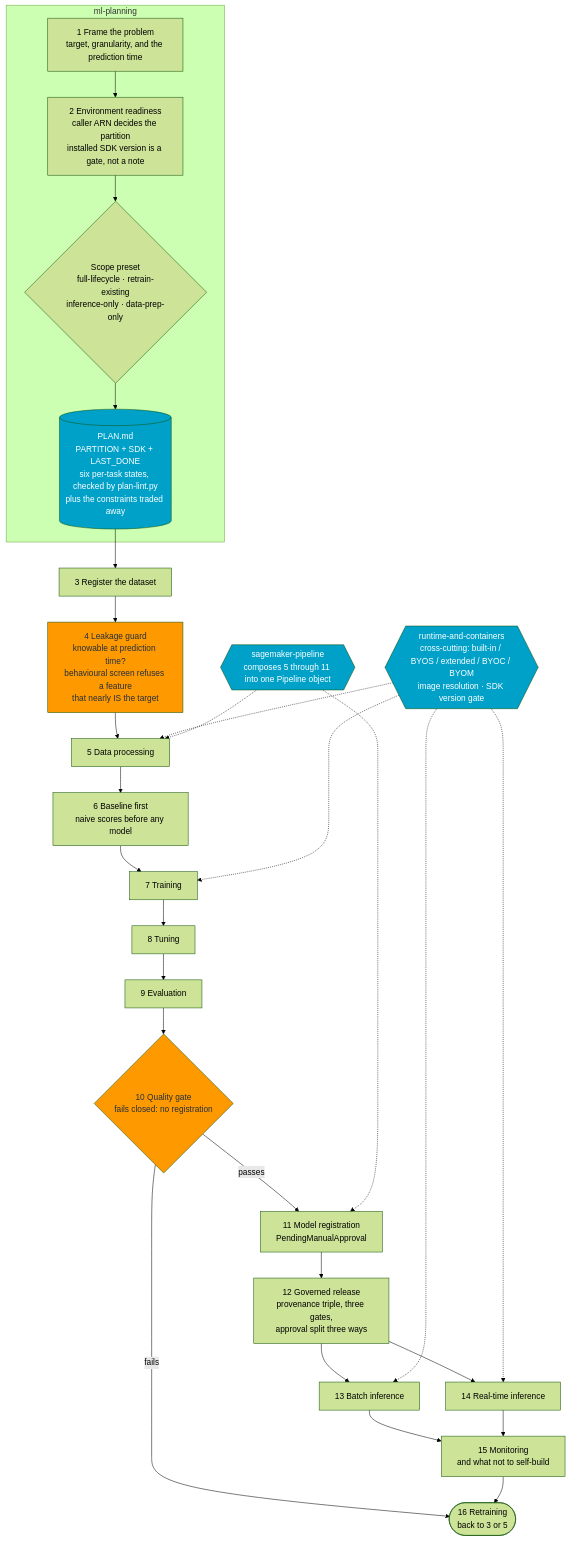
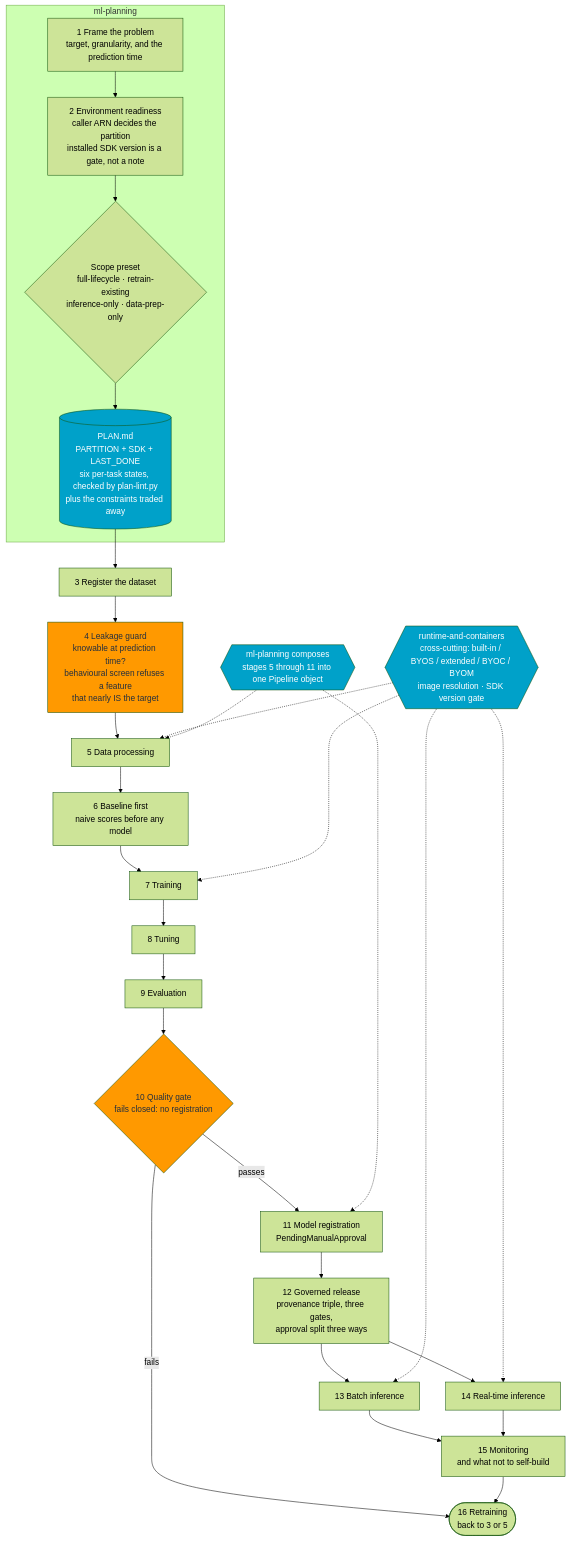
The diagram in README.md (comdaze/sagemaker-mldlc-workflow), drawn with Mermaid (forest theme) before and after one commit. The commit also changed other lines of this file and 1 other file, not shown here.

````diff
--- a/README.md
+++ b/README.md
@@ -25,52 +24,52 @@
 ```mermaid
 flowchart TB
     subgraph PLAN["ml-planning"]
         S1["1 Frame the problem<br/>target, granularity, and the prediction time"]
         S2["2 Environment readiness<br/>caller ARN decides the partition<br/>installed SDK version is a gate, not a note"]
         PRESET{"Scope preset<br/>full-lifecycle · retrain-existing<br/>inference-only · data-prep-only"}
         PMD[("PLAN.md<br/>PARTITION + SDK + LAST_DONE<br/>six per-task states, checked by plan-lint.py<br/>plus the constraints traded away")]
         S1 --> S2 --> PRESET --> PMD
     end
 
     PMD --> S3
 
     S3["3 Register the dataset"]
     S4["4 Leakage guard<br/>knowable at prediction time?<br/>behavioural screen refuses a feature<br/>that nearly IS the target"]
     S5["5 Data processing"]
     S6["6 Baseline first<br/>naive scores before any model"]
     S7["7 Training"]
     S8["8 Tuning"]
     S9["9 Evaluation"]
     S10{"10 Quality gate<br/>fails closed: no registration"}
     S11["11 Model registration<br/>PendingManualApproval"]
     S12["12 Governed release<br/>provenance triple, three gates,<br/>approval split three ways"]
     S13["13 Batch inference"]
     S14["14 Real-time inference"]
     S15["15 Monitoring<br/>and what not to self-build"]
     S16(["16 Retraining<br/>back to 3 or 5"])
 
     S3 --> S4 --> S5 --> S6 --> S7 --> S8 --> S9 --> S10
     S10 -- passes --> S11 --> S12
     S10 -- fails --> S16
     S12 --> S13
     S12 --> S14
     S13 --> S15
     S14 --> S15
     S15 --> S16
 
     RT{{"runtime-and-containers<br/>cross-cutting: built-in / BYOS / extended / BYOC / BYOM<br/>image resolution · SDK version gate"}}
     RT -.-> S5
     RT -.-> S7
     RT -.-> S13
     RT -.-> S14
 
-    PIPE{{"sagemaker-pipeline<br/>composes 5 through 11 into one Pipeline object"}}
+    PIPE{{"ml-planning composes<br/>stages 5 through 11 into one Pipeline object"}}
     PIPE -.-> S5
     PIPE -.-> S11
 
     style S10 fill:#FF9900,color:#232F3E
     style S4 fill:#FF9900,color:#232F3E
     style RT fill:#00A1C9,color:#ffffff
     style PIPE fill:#00A1C9,color:#ffffff
     style PMD fill:#00A1C9,color:#ffffff
 ```
````
